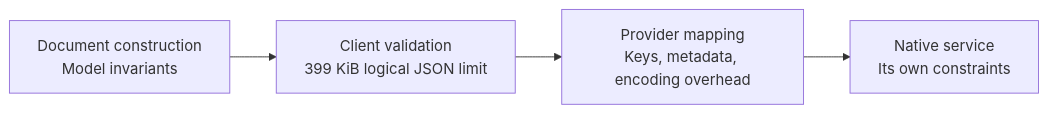
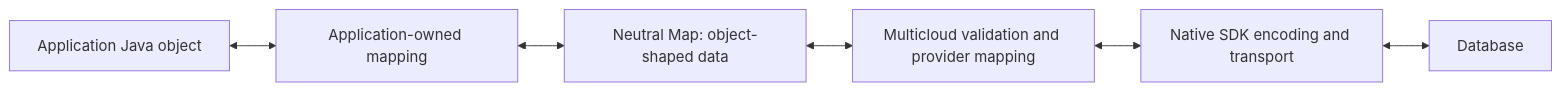
The diagram in docs/design/serialization-pr1-foundation.md (allenkim0129/multiclouddb-sdk-for-java), drawn with Mermaid before and after one commit. The commit also changed other lines of this file and 137 other files, not shown here.

First line of the commit message:
Use application-owned Map mapping and isolate Cosmos v4 dependencies

````diff
--- a/docs/design/serialization-pr1-foundation.md
+++ b/docs/design/serialization-pr1-foundation.md
@@ -166,6 +29,8 @@
 ```mermaid
 flowchart LR
-    A["Document construction<br/>Model invariants"] --> B["Client validation<br/>399 KiB logical JSON limit"]
-    B --> C["Provider mapping<br/>Keys, metadata, encoding overhead"]
-    C --> D["Native service<br/>Its own constraints"]
+    A["Application Java object"] <--> B["Application-owned mapping"]
+    B <--> C["Neutral Map: object-shaped data"]
+    C <--> D["Multicloud validation and provider mapping"]
+    D <--> E["Native SDK encoding and transport"]
+    E <--> F["Database"]
 ```
````
